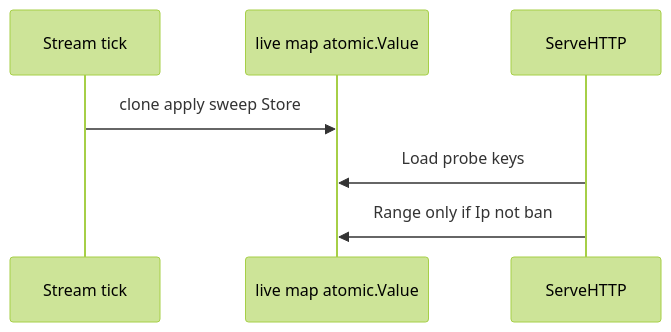
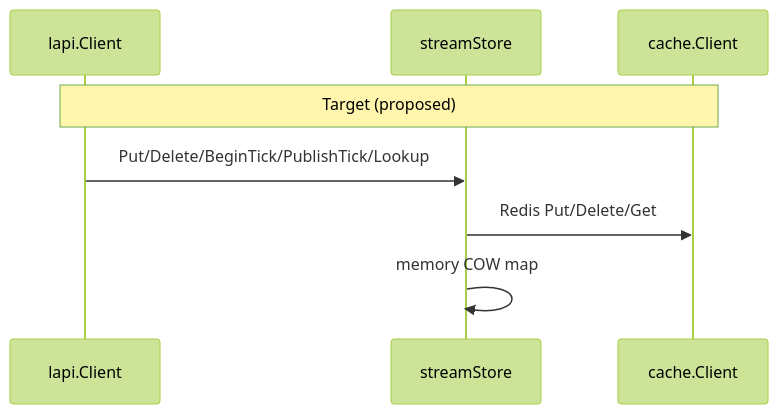
The diagram in devstate/2026/09/2026-09-19-optcow-stream-lookup/card.md (david-garcia-garcia/crowdsec-bouncer-traefik-plugin), drawn with Mermaid (forest theme) before and after one commit. The commit also changed other lines of this file and 7 other files, not shown here.

````diff
--- a/devstate/2026/09/2026-09-19-optcow-stream-lookup/card.md
+++ b/devstate/2026/09/2026-09-19-optcow-stream-lookup/card.md
@@ -17,9 +19,10 @@
 ```mermaid
 sequenceDiagram
-  participant Tick as Stream tick
-  participant Live as live map atomic.Value
-  participant Req as ServeHTTP
-  Tick->>Live: clone apply sweep Store
-  Req->>Live: Load probe keys
-  Req->>Live: Range only if Ip not ban
+  participant Client as lapi.Client
+  participant Store as streamStore
+  participant Cache as cache.Client
+  Note over Client,Cache: Target (proposed)
+  Client->>Store: Put/Delete/BeginTick/PublishTick/Lookup
+  Store->>Cache: Redis Put/Delete/Get
+  Store->>Store: memory COW map
 ```
````
